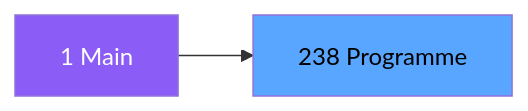
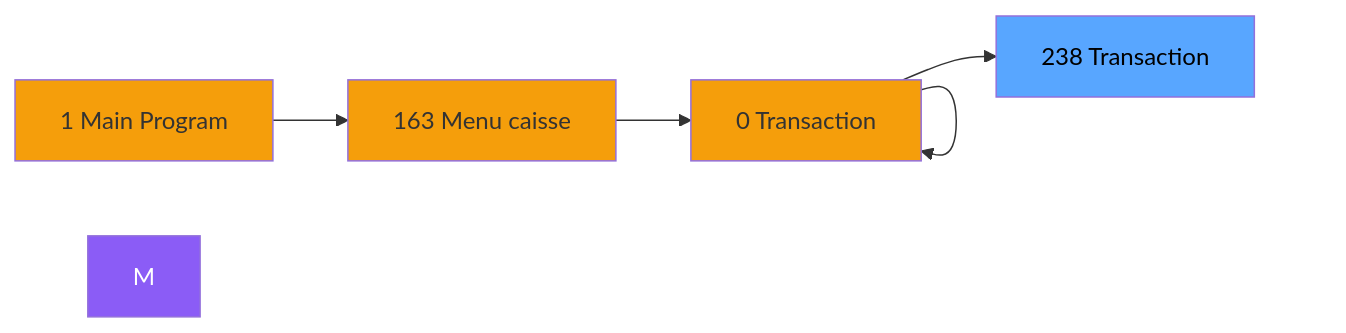
The second of 3 diagrams in .openspec/specs/ADH-IDE-238.md (thonyAGP/magic-migration), drawn with Mermaid before and after one commit. The commit also changed other lines of this file and 323 other files, not shown here.

````diff
--- a/.openspec/specs/ADH-IDE-238.md
+++ b/.openspec/specs/ADH-IDE-238.md
@@ -142,8 +168,21 @@
 ```mermaid
 graph LR
-    M[1 Main]
-    T[238 Programme]
-    M --> T
+    N1[1 Main Program]
+    N163[163 Menu caisse ]
+    N0[0 Transaction ]
+    N0[0 Transaction ]
+    N0[0 Transaction ]
+    T[238 Transaction ]
+    N1 --> N163
+    N163 --> N0
+    N0 --> N0
+    N0 --> N0
+    N0 --> T
     style M fill:#8b5cf6,color:#fff
+    style N1 fill:#f59e0b
+    style N163 fill:#f59e0b
+    style N0 fill:#f59e0b
+    style N0 fill:#f59e0b
+    style N0 fill:#f59e0b
     style T fill:#58a6ff,color:#000
 ```
````
